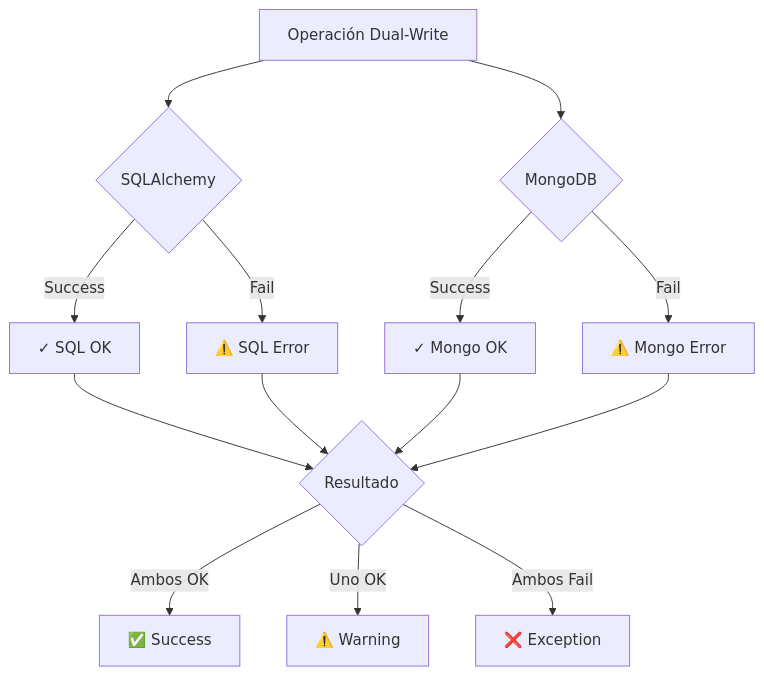
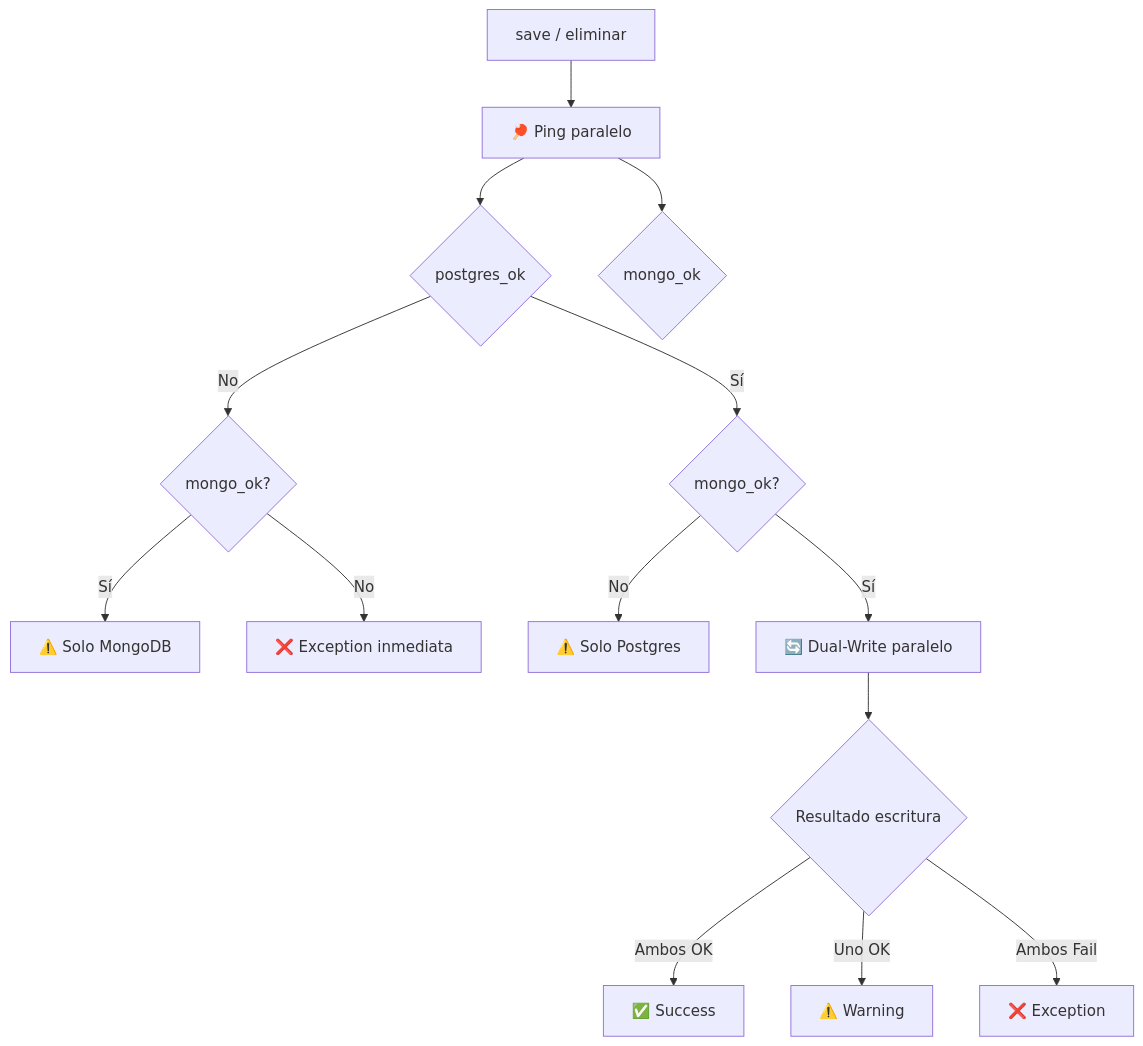
The fourth of 4 diagrams in infrastructure/dual/README.md (PabSdev/Arquitectura), drawn with Mermaid before and after one commit. The commit also changed other lines of this file and 1 other file, not shown here.

Commit message:
feat: arreglado el error, ahora solo falta hacer lo mismo con sqlalchemy

````diff
--- a/infrastructure/dual/README.md
+++ b/infrastructure/dual/README.md
@@ -182,19 +204,20 @@
 ```mermaid
 flowchart TD
-    A[Operación Dual-Write] --> B{SQLAlchemy}
-    A --> C{MongoDB}
-    
-    B -->|Success| D[✓ SQL OK]
-    B -->|Fail| E[⚠️ SQL Error]
-    C -->|Success| F[✓ Mongo OK]
-    C -->|Fail| G[⚠️ Mongo Error]
-    
-    D --> H{Resultado}
-    E --> H
-    F --> H
-    G --> H
-    
-    H -->|Ambos OK| I[✅ Success]
-    H -->|Uno OK| J[⚠️ Warning]
-    H -->|Ambos Fail| K[❌ Exception]
+    A[save / eliminar] --> P["🏓 Ping paralelo"]
+    P --> B{postgres_ok}
+    P --> C{mongo_ok}
+
+    B -- No --> OnlyMongo{mongo_ok?}
+    B -- Sí --> BothCheck{mongo_ok?}
+
+    OnlyMongo -- Sí --> M["⚠️ Solo MongoDB"]
+    OnlyMongo -- No --> X["❌ Exception inmediata"]
+
+    BothCheck -- No --> S["⚠️ Solo Postgres"]
+    BothCheck -- Sí --> Dual["🔄 Dual-Write paralelo"]
+
+    Dual --> R{Resultado escritura}
+    R -->|Ambos OK| OK["✅ Success"]
+    R -->|Uno OK| W["⚠️ Warning"]
+    R -->|Ambos Fail| E["❌ Exception"]
 ```
````
